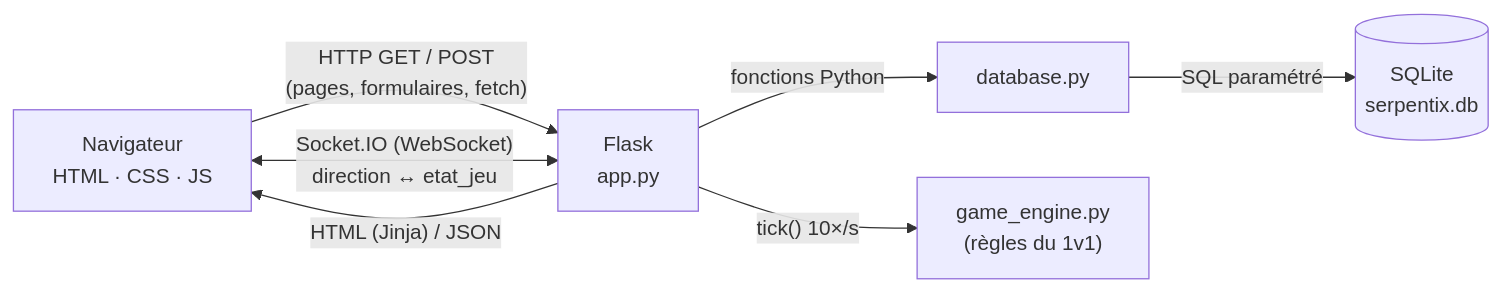
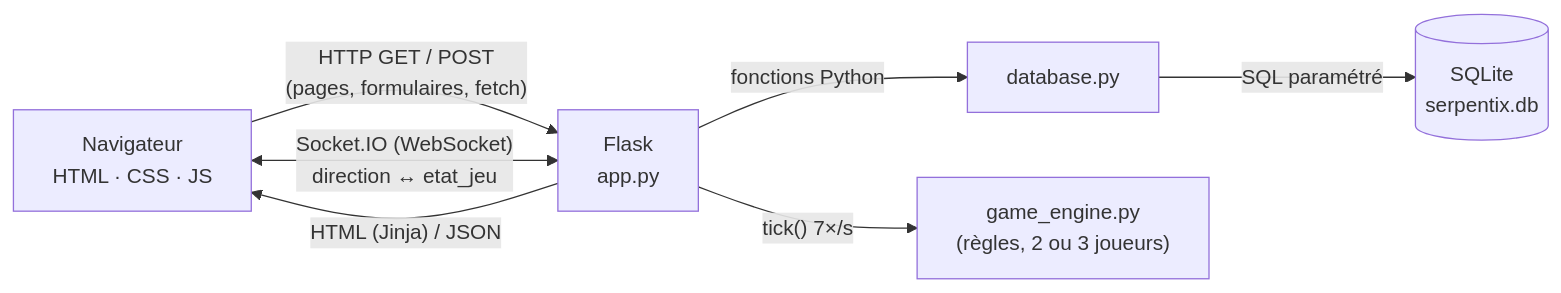
One commit to Dontbyshai/Serpentix changed the diagram in docs/architecture.md. Above: the diagram before and after it, drawn with Mermaid. The commit also changed other lines of this file and 5 other files, not shown here.

````diff
--- a/docs/architecture.md
+++ b/docs/architecture.md
@@ -5,9 +5,9 @@
 ```mermaid
 flowchart LR
     N["Navigateur<br/>HTML · CSS · JS"] -- "HTTP GET / POST<br/>(pages, formulaires, fetch)" --> F["Flask<br/>app.py"]
     F -- "HTML (Jinja) / JSON" --> N
     N <-- "Socket.IO (WebSocket)<br/>direction ↔ etat_jeu" --> F
     F -- "fonctions Python" --> D["database.py"]
     D -- "SQL paramétré" --> S[("SQLite<br/>serpentix.db")]
-    F -- "tick() 10×/s" --> G["game_engine.py<br/>(règles du 1v1)"]
+    F -- "tick() 7×/s" --> G["game_engine.py<br/>(règles, 2 ou 3 joueurs)"]
 ```
````
